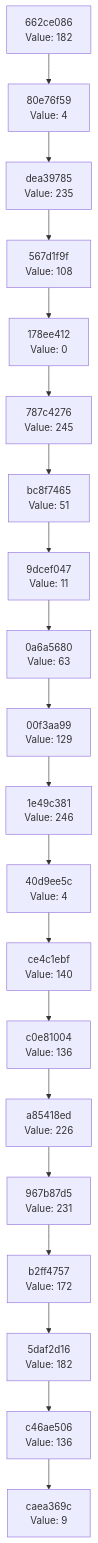
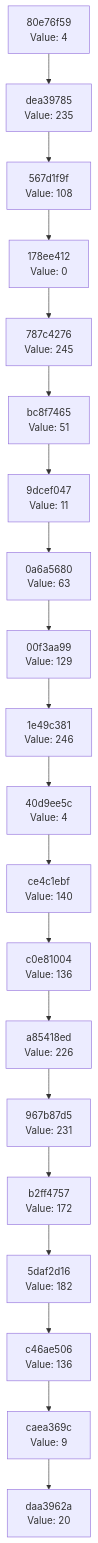
The diagram in docs/CHAIN_VISUALIZATION.md (Abhisheksinha1506/hash-chain-evolver), drawn with Mermaid before and after one commit. The commit also changed 3 other files, not shown here.

````diff
--- a/docs/CHAIN_VISUALIZATION.md
+++ b/docs/CHAIN_VISUALIZATION.md
@@ -3,42 +3,42 @@
 ```mermaid
 graph TD
-    C0["caea369c<br/>Value: 9"]
-    C1["c46ae506<br/>Value: 136"]
+    C0["daa3962a<br/>Value: 20"]
+    C1["caea369c<br/>Value: 9"]
     C1 --> C0
-    C2["5daf2d16<br/>Value: 182"]
+    C2["c46ae506<br/>Value: 136"]
     C2 --> C1
-    C3["b2ff4757<br/>Value: 172"]
+    C3["5daf2d16<br/>Value: 182"]
     C3 --> C2
-    C4["967b87d5<br/>Value: 231"]
+    C4["b2ff4757<br/>Value: 172"]
     C4 --> C3
-    C5["a85418ed<br/>Value: 226"]
+    C5["967b87d5<br/>Value: 231"]
     C5 --> C4
-    C6["c0e81004<br/>Value: 136"]
+    C6["a85418ed<br/>Value: 226"]
     C6 --> C5
-    C7["ce4c1ebf<br/>Value: 140"]
+    C7["c0e81004<br/>Value: 136"]
     C7 --> C6
-    C8["40d9ee5c<br/>Value: 4"]
+    C8["ce4c1ebf<br/>Value: 140"]
     C8 --> C7
-    C9["1e49c381<br/>Value: 246"]
+    C9["40d9ee5c<br/>Value: 4"]
     C9 --> C8
-    C10["00f3aa99<br/>Value: 129"]
+    C10["1e49c381<br/>Value: 246"]
     C10 --> C9
-    C11["0a6a5680<br/>Value: 63"]
+    C11["00f3aa99<br/>Value: 129"]
     C11 --> C10
-    C12["9dcef047<br/>Value: 11"]
+    C12["0a6a5680<br/>Value: 63"]
     C12 --> C11
-    C13["bc8f7465<br/>Value: 51"]
+    C13["9dcef047<br/>Value: 11"]
     C13 --> C12
-    C14["787c4276<br/>Value: 245"]
+    C14["bc8f7465<br/>Value: 51"]
     C14 --> C13
-    C15["178ee412<br/>Value: 0"]
+    C15["787c4276<br/>Value: 245"]
     C15 --> C14
-    C16["567d1f9f<br/>Value: 108"]
+    C16["178ee412<br/>Value: 0"]
     C16 --> C15
-    C17["dea39785<br/>Value: 235"]
+    C17["567d1f9f<br/>Value: 108"]
     C17 --> C16
-    C18["80e76f59<br/>Value: 4"]
+    C18["dea39785<br/>Value: 235"]
     C18 --> C17
-    C19["662ce086<br/>Value: 182"]
+    C19["80e76f59<br/>Value: 4"]
     C19 --> C18
 ```
````
